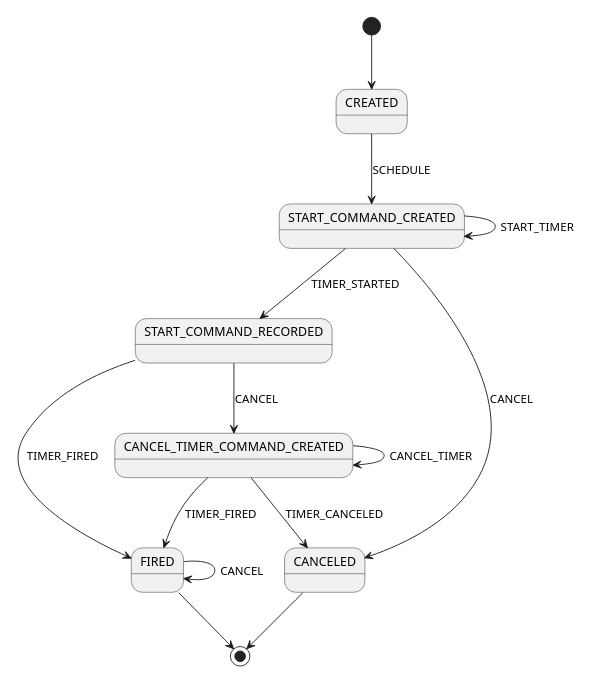
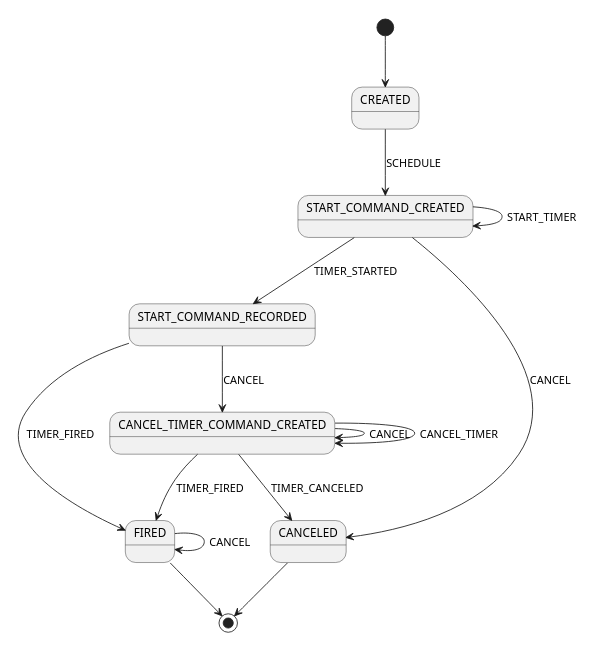
The diagram in src/main/java/io/temporal/internal/csm/TimerStateMachine.puml (mfateev/temporal-java-sdk), drawn with PlantUML before and after one commit. The commit also changed 8 other files, not shown here.

```diff
--- a/src/main/java/io/temporal/internal/csm/TimerStateMachine.puml
+++ b/src/main/java/io/temporal/internal/csm/TimerStateMachine.puml
@@ -23,16 +23,17 @@
 @startuml
 scale 350 width
 [*] --> CREATED
 CREATED --> START_COMMAND_CREATED: SCHEDULE
 START_COMMAND_CREATED --> START_COMMAND_CREATED: START_TIMER
 START_COMMAND_CREATED --> START_COMMAND_RECORDED: TIMER_STARTED
 START_COMMAND_CREATED --> CANCELED: CANCEL
 START_COMMAND_RECORDED --> FIRED: TIMER_FIRED
 START_COMMAND_RECORDED --> CANCEL_TIMER_COMMAND_CREATED: CANCEL
+CANCEL_TIMER_COMMAND_CREATED --> CANCEL_TIMER_COMMAND_CREATED: CANCEL
 CANCEL_TIMER_COMMAND_CREATED --> CANCELED: TIMER_CANCELED
 CANCEL_TIMER_COMMAND_CREATED --> CANCEL_TIMER_COMMAND_CREATED: CANCEL_TIMER
 CANCEL_TIMER_COMMAND_CREATED --> FIRED: TIMER_FIRED
 FIRED --> FIRED: CANCEL
 FIRED --> [*]
 CANCELED --> [*]
 @enduml
```
